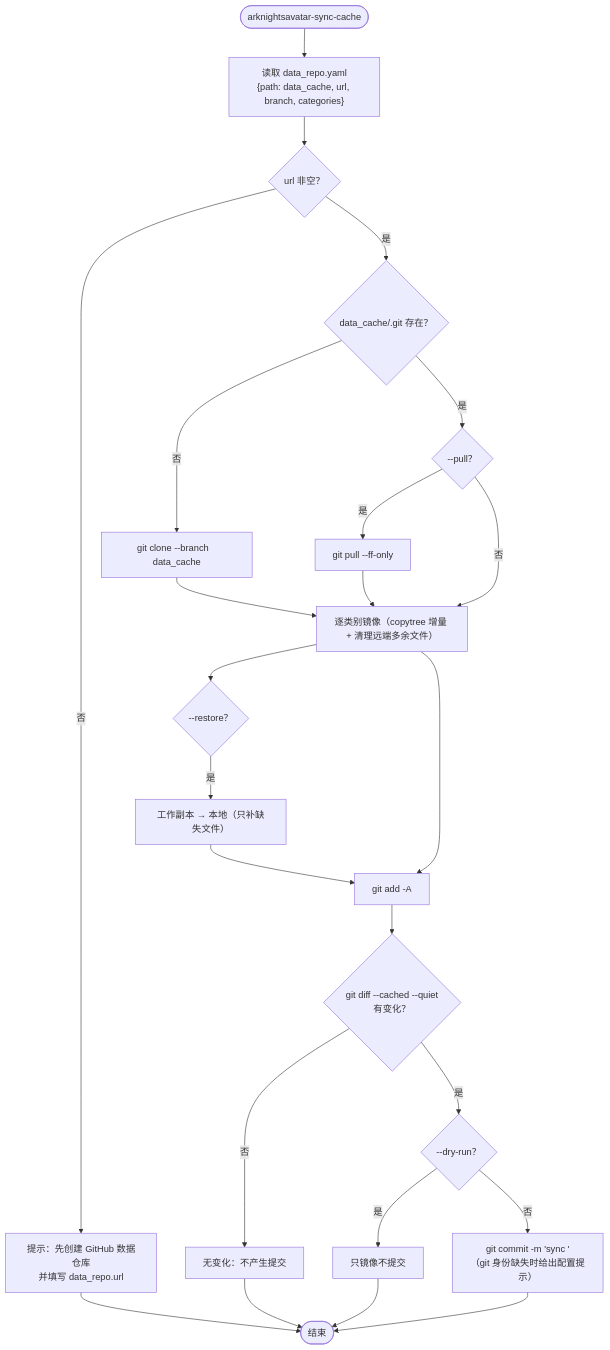
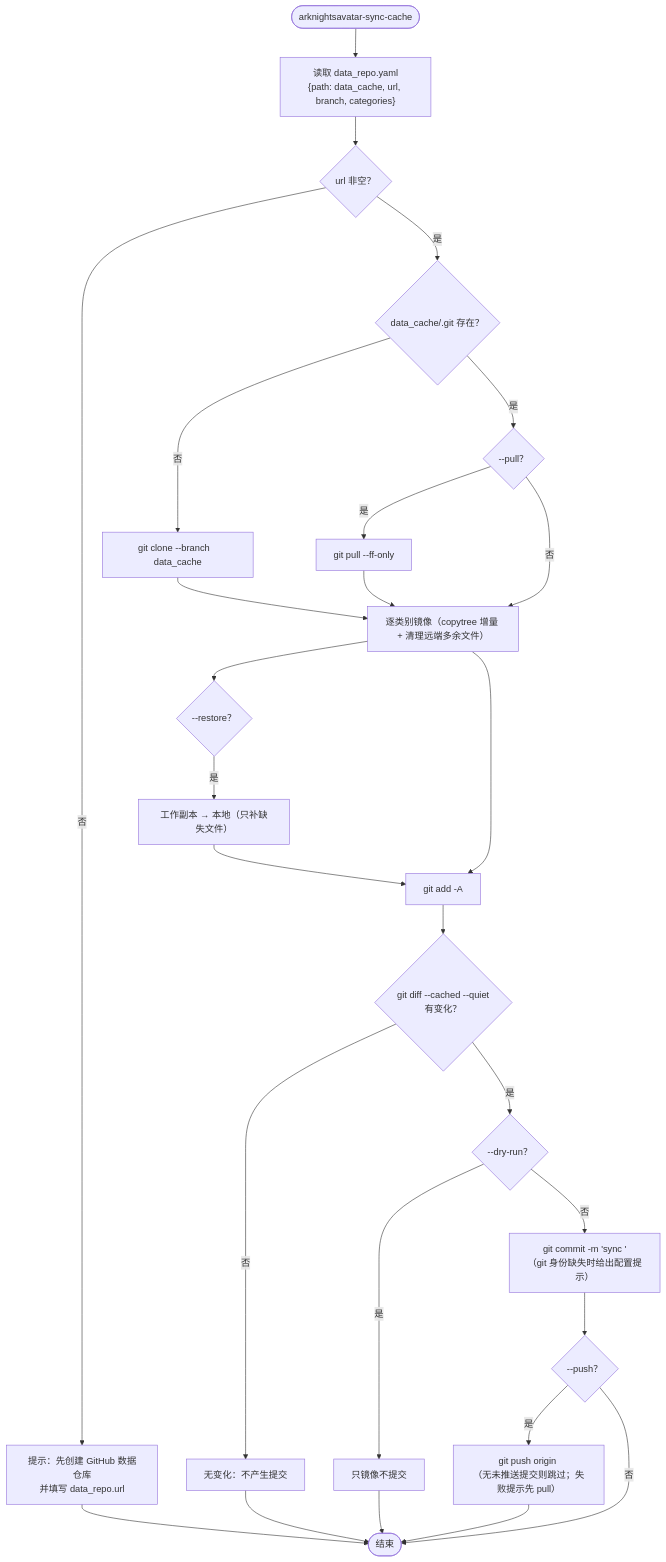
One commit to Arkfans/ArknightsAvatar changed diagram 11 of 11 in docs/生产流程图.md. Above: the diagram before and after it, drawn with Mermaid. The commit also changed other lines of this file and 3 other files, not shown here.

Commit message:
feat(sync-cache): 新增 --push 提交后推送到 GitHub 数据仓库

````diff
--- a/docs/生产流程图.md
+++ b/docs/生产流程图.md
@@ -313,26 +313,29 @@
 ```mermaid
 flowchart TD
     Start(["arknightsavatar-sync-cache"]) --> Cfg["读取 data_repo.yaml<br/>{path: data_cache, url, branch, categories}"]
     Cfg --> Url{"url 非空？"}
     Url -->|"否"| Hint["提示：先创建 GitHub 数据仓库<br/>并填写 data_repo.url"]
     Url -->|"是"| Repo{"data_cache/.git 存在？"}
     Repo -->|"否"| Clone["git clone --branch <branch> <url> data_cache"]
     Repo -->|"是"| Pull{"--pull？"}
     Pull -->|"是"| GitPull["git pull --ff-only"]
     Pull -->|"否"| Mirror
     Clone --> Mirror["逐类别镜像（copytree 增量 + 清理远端多余文件）"]
     GitPull --> Mirror
     Mirror --> Restore{"--restore？"}
     Restore -->|"是"| Rest["工作副本 → 本地（只补缺失文件）"]
     Rest --> Stage["git add -A"]
     Mirror --> Stage
     Stage --> Diff{"git diff --cached --quiet<br/>有变化？"}
     Diff -->|"否"| Noop["无变化：不产生提交"]
     Diff -->|"是"| Dry{"--dry-run？"}
     Dry -->|"是"| SkipCommit["只镜像不提交"]
     Dry -->|"否"| Commit["git commit -m 'sync <UTC时间>'<br/>（git 身份缺失时给出配置提示）"]
+    Commit --> Push{"--push？"}
+    Push -->|"是"| GitPush["git push origin <branch><br/>（无未推送提交则跳过；失败提示先 pull）"]
+    Push -->|"否"| End
+    GitPush --> End
     Hint --> End(["结束"])
     Noop --> End
     SkipCommit --> End
-    Commit --> End
 ```
````
